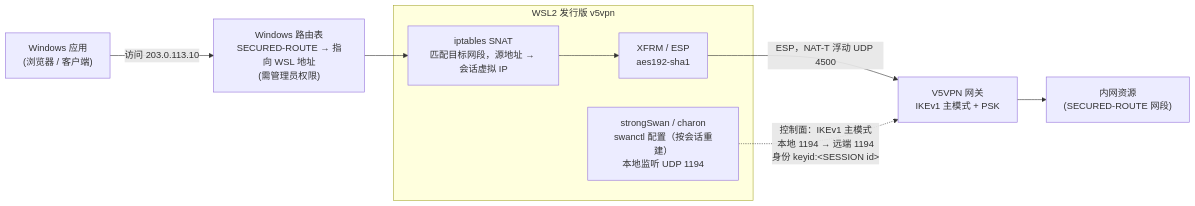
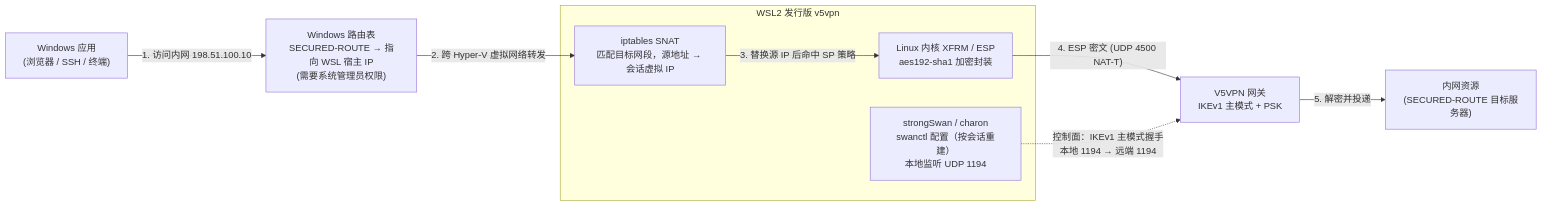
Before and after one commit to hygkui/v5vpn-rea-client: the diagram in docs/ipsec.md, drawn with Mermaid. The commit also changed other lines of this file and 4 other files, not shown here.

````diff
--- a/docs/ipsec.md
+++ b/docs/ipsec.md
@@ -41,19 +83,19 @@
 ```mermaid
 flowchart LR
-    app["Windows 应用<br/>(浏览器 / 客户端)"]
-    winroute["Windows 路由表<br/>SECURED-ROUTE → 指向 WSL 地址<br/>(需管理员权限)"]
+    app["Windows 应用<br/>(浏览器 / SSH / 终端)"]
+    winroute["Windows 路由表<br/>SECURED-ROUTE → 指向 WSL 宿主 IP<br/>(需要系统管理员权限)"]
     subgraph wsl["WSL2 发行版 v5vpn"]
         snat["iptables SNAT<br/>匹配目标网段，源地址 → 会话虚拟 IP"]
         charon["strongSwan / charon<br/>swanctl 配置（按会话重建）<br/>本地监听 UDP 1194"]
-        xfrm["XFRM / ESP<br/>aes192-sha1"]
+        xfrm["Linux 内核 XFRM / ESP<br/>aes192-sha1 加密封装"]
     end
     gw["V5VPN 网关<br/>IKEv1 主模式 + PSK"]
-    res["内网资源<br/>(SECURED-ROUTE 网段)"]
+    res["内网资源<br/>(SECURED-ROUTE 目标服务器)"]
 
-    app -->|"访问 203.0.113.10"| winroute
-    winroute --> snat
-    snat --> xfrm
-    xfrm -->|"ESP，NAT-T 浮动 UDP 4500"| gw
-    charon -.->|"控制面：IKEv1 主模式<br/>本地 1194 → 远端 1194<br/>身份 keyid:&lt;SESSION id&gt;"| gw
-    gw --> res
+    app -->|"1. 访问内网 198.51.100.10"| winroute
+    winroute -->|"2. 跨 Hyper-V 虚拟网络转发"| snat
+    snat -->|"3. 替换源 IP 后命中 SP 策略"| xfrm
+    xfrm -->|"4. ESP 密文 (UDP 4500 NAT-T)"| gw
+    charon -.->|"控制面：IKEv1 主模式握手<br/>本地 1194 → 远端 1194"| gw
+    gw -->|"5. 解密并投递"| res
 ```
````
